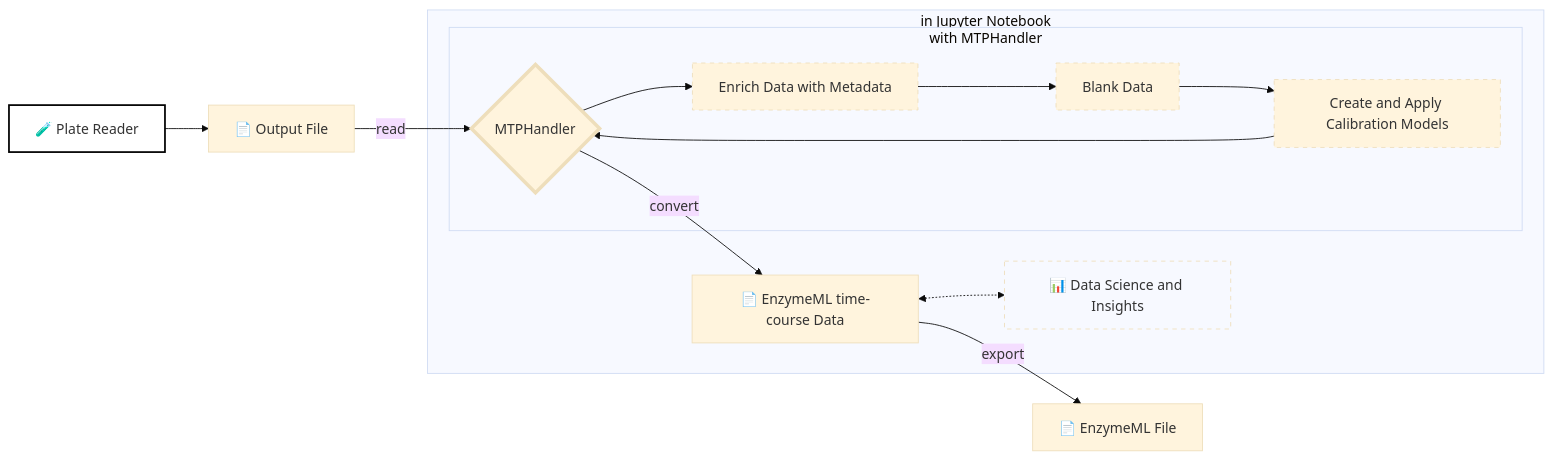
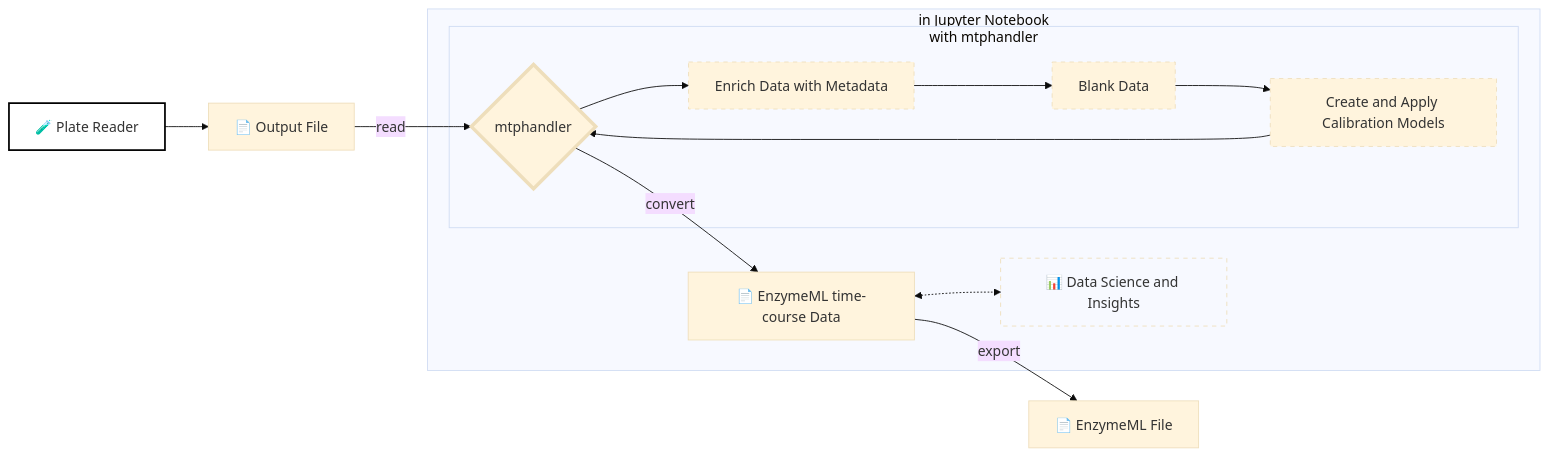
Before and after one commit to haeussma/MTPHandler: the diagram in docs/index.md, drawn with Mermaid (base theme). The commit also changed other lines of this file and 29 other files, not shown here.

````diff
--- a/docs/index.md
+++ b/docs/index.md
@@ -7,24 +7,24 @@
 ``` mermaid
 graph LR
   AP[🧪 Plate Reader] --> A[📄 Output File];
   style AP fill:transparent,stroke:#000,stroke-width:2px;
-A -->|read| B{MTPHandler}
+A -->|read| B{mtphandler}
   style B stroke-width:4px
   subgraph in Jupyter Notebook
-    subgraph with MTPHandler
+    subgraph with mtphandler
         B --> B1[Enrich Data with Metadata]
         B1 --> B2[Blank Data]
         B2 --> B3[Create and Apply Calibration Models]
         B3 --> B
 
         style B1 stroke-dasharray: 5, 5
         style B2 stroke-dasharray: 5, 5
         style B3 stroke-dasharray: 5, 5
     end
   B -->|convert| G[📄 EnzymeML time-course Data]
   G <-.-> H[📊 Data Science and Insights]
 
   style H stroke-dasharray: 5, 5,fill:transparent
   end
   G -->|export| I[📄 EnzymeML File]
 ```
````
